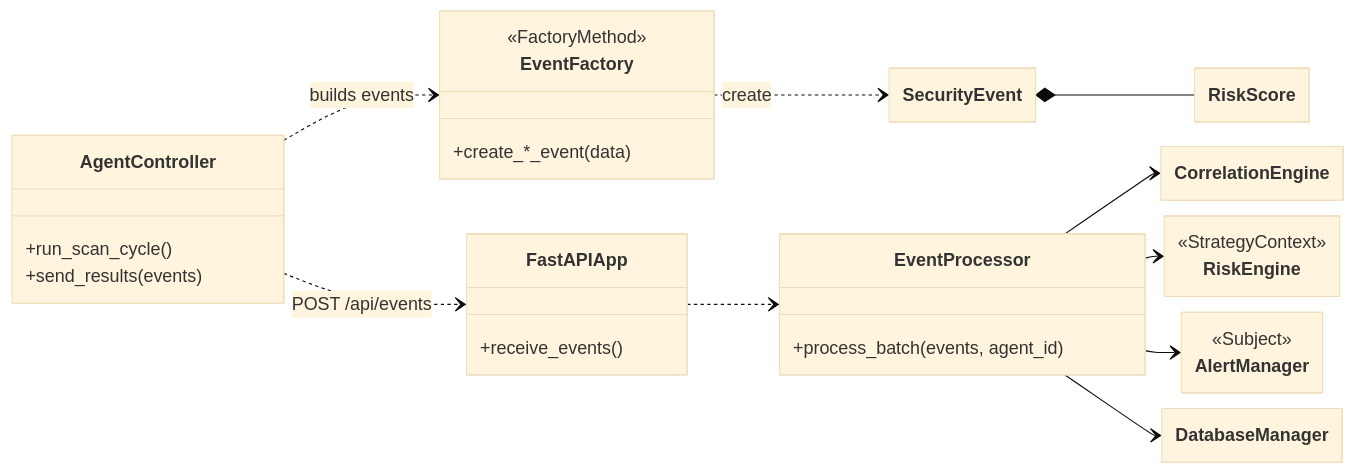
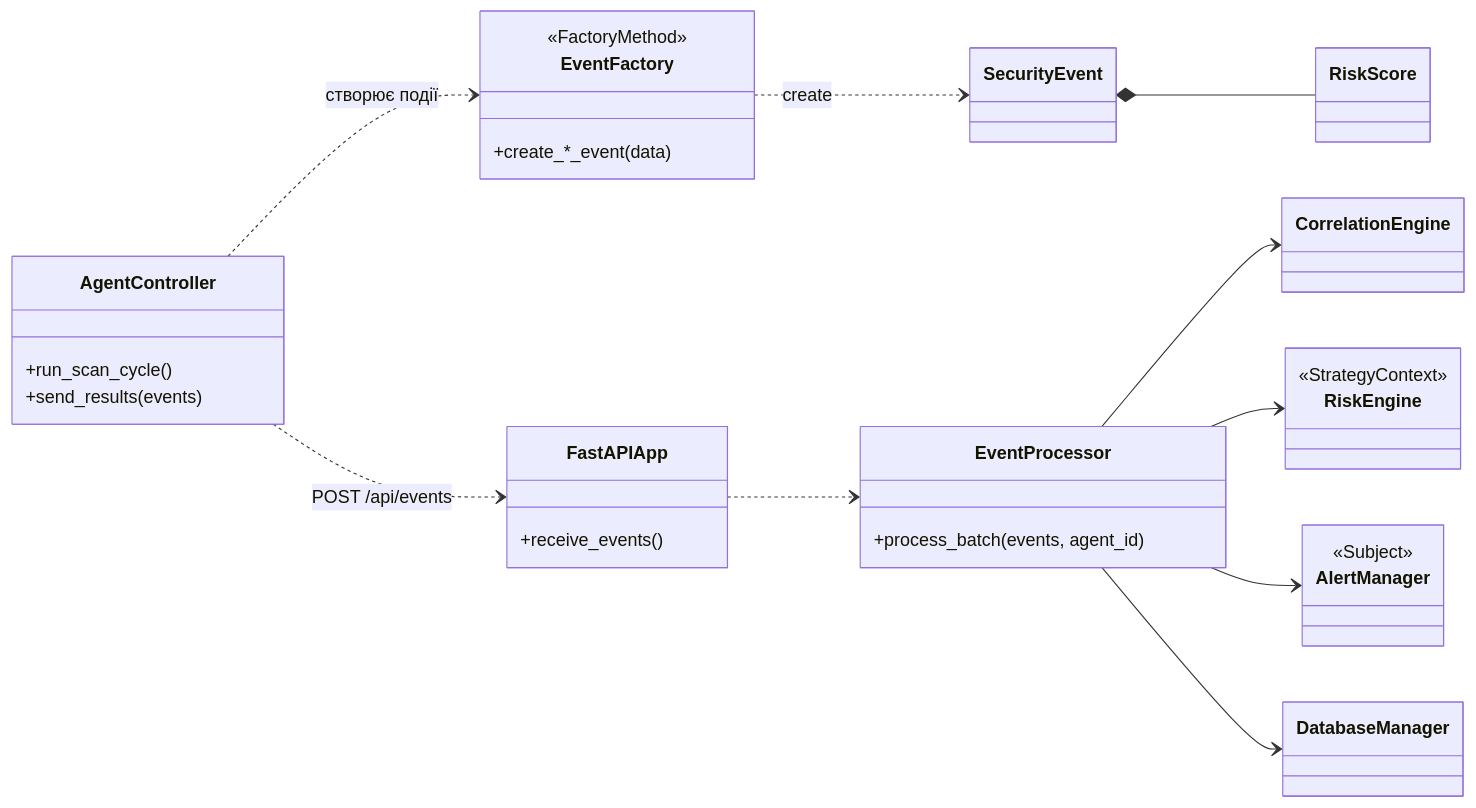
The fourth of 4 diagrams in uml4.md (kupetsovkn24-lgtm/HIDS), drawn with Mermaid before and after one commit. The commit also changed other lines of this file, not shown here.

Commit message:
Update UML diagrams and section titles

````diff
--- a/uml4.md
+++ b/uml4.md
@@ -234,40 +244,40 @@
 ```mermaid
-%%{init: {"theme":"base","flowchart":{"nodeSpacing":14,"rankSpacing":14},"class":{"hideEmptyMembersBox":true}}}%%
 classDiagram
 direction LR
 
 class AgentController {
   +run_scan_cycle()
   +send_results(events)
 }
 
 class EventFactory {
   <<FactoryMethod>>
   +create_*_event(data)
 }
 
 class FastAPIApp {
   +receive_events()
 }
 
 class EventProcessor {
   +process_batch(events, agent_id)
 }
 
 class CorrelationEngine
 class RiskEngine { <<StrategyContext>> }
 class AlertManager { <<Subject>> }
 class DatabaseManager
-class SecurityEvent
-class RiskScore
 
-AgentController ..> EventFactory : builds events
+AgentController ..> EventFactory : створює події
 EventFactory ..> SecurityEvent : create
 AgentController ..> FastAPIApp : POST /api/events
 FastAPIApp ..> EventProcessor
 EventProcessor --> CorrelationEngine
 EventProcessor --> RiskEngine
 EventProcessor --> AlertManager
 EventProcessor --> DatabaseManager
+
+class SecurityEvent
+class RiskScore
 SecurityEvent *-- RiskScore
 ```
````
